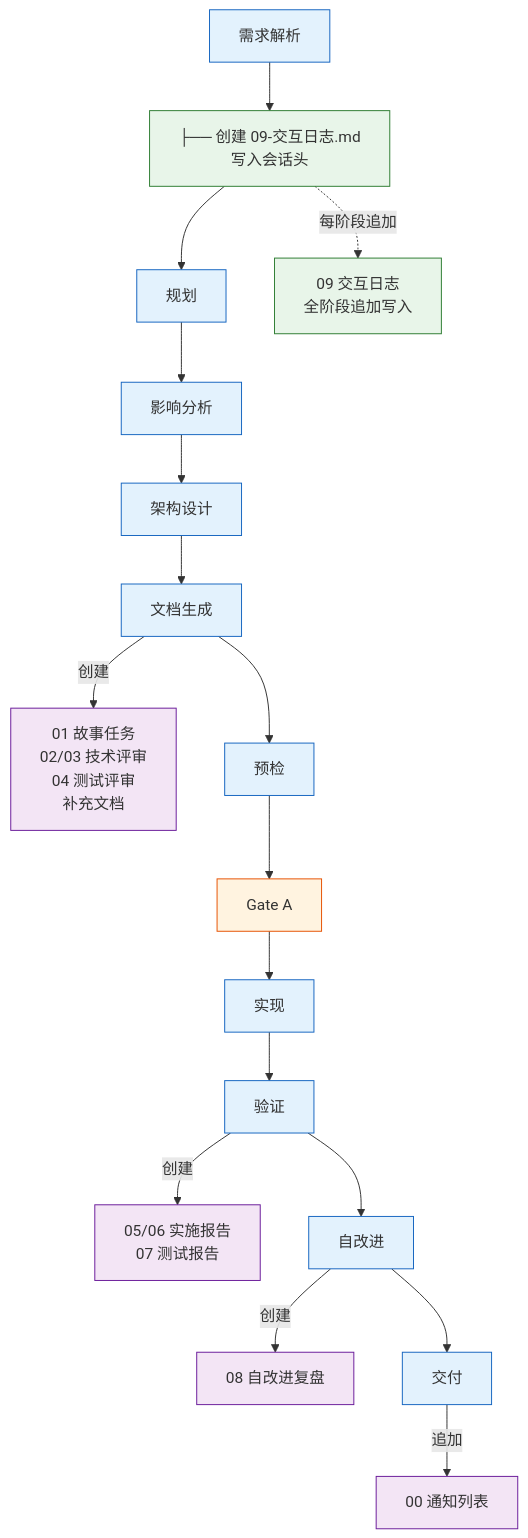
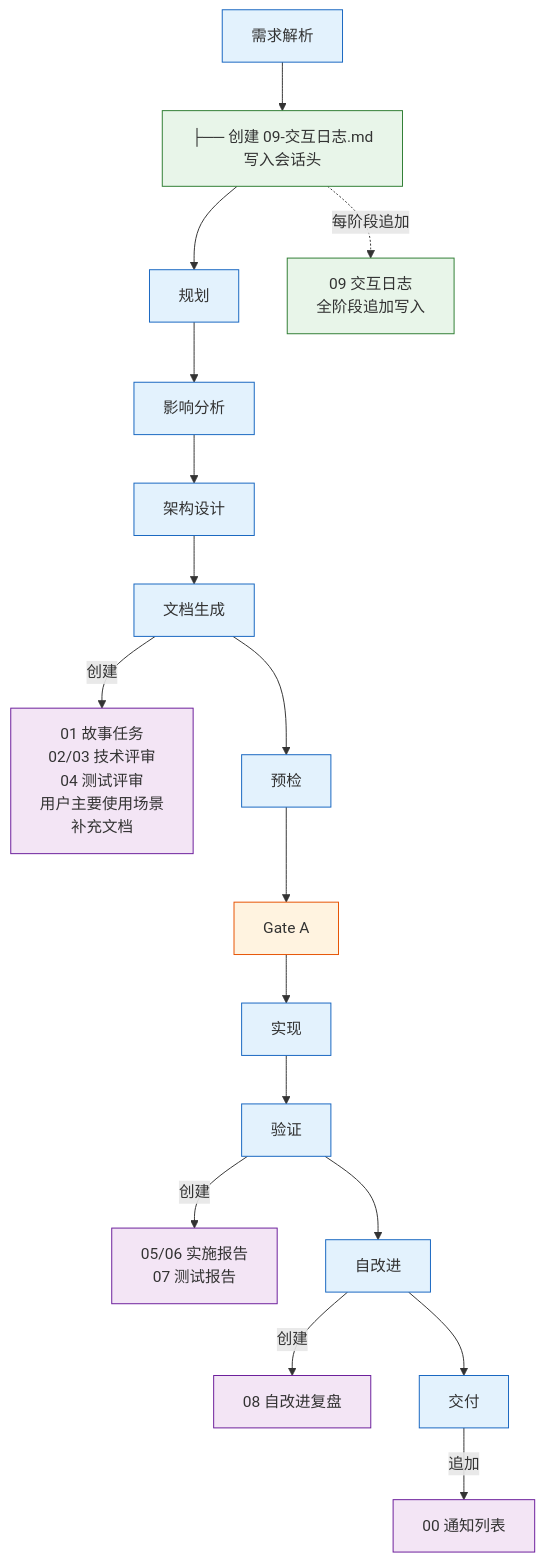
Before and after one commit to effiy/YrY: the second of 5 diagrams in skills/rui/coder.md, drawn with Mermaid. The commit also changed other lines of this file and 7 other files, not shown here.

````diff
--- a/skills/rui/coder.md
+++ b/skills/rui/coder.md
@@ -74,24 +76,24 @@
 ```mermaid
 flowchart TB
     A["需求解析"]:::phase --> A1["├── 创建 09-交互日志.md<br/>写入会话头"]:::log
     A1 --> B["规划"]:::phase
     B --> C["影响分析"]:::phase
     C --> D["架构设计"]:::phase
     D --> E["文档生成"]:::phase
-    E -->|"创建"| E1["01 故事任务<br/>02/03 技术评审<br/>04 测试评审<br/>补充文档"]:::create
+    E -->|"创建"| E1["01 故事任务<br/>02/03 技术评审<br/>04 测试评审<br/>用户主要使用场景<br/>补充文档"]:::create
     E --> F["预检"]:::phase
     F --> G["Gate A"]:::gate
     G --> H["实现"]:::phase
     H --> I["验证"]:::phase
     I -->|"创建"| I1["05/06 实施报告<br/>07 测试报告"]:::create
     I --> J["自改进"]:::phase
     J -->|"创建"| J1["08 自改进复盘"]:::create
     J --> K["交付"]:::phase
     K -->|"追加"| K1["00 通知列表"]:::create
     A1 -.->|"每阶段追加"| A2["09 交互日志<br/>全阶段追加写入"]:::log
 
     classDef phase fill:#e3f2fd,stroke:#1565c0;
     classDef gate fill:#fff3e0,stroke:#e65100;
     classDef create fill:#f3e5f5,stroke:#6a1b9a;
     classDef log fill:#e8f5e9,stroke:#2e7d32;
 ```
````
